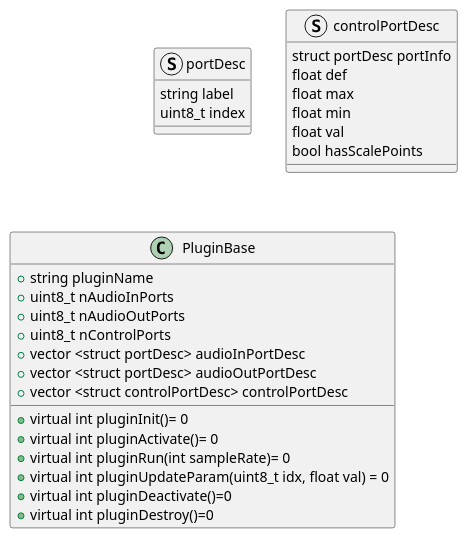
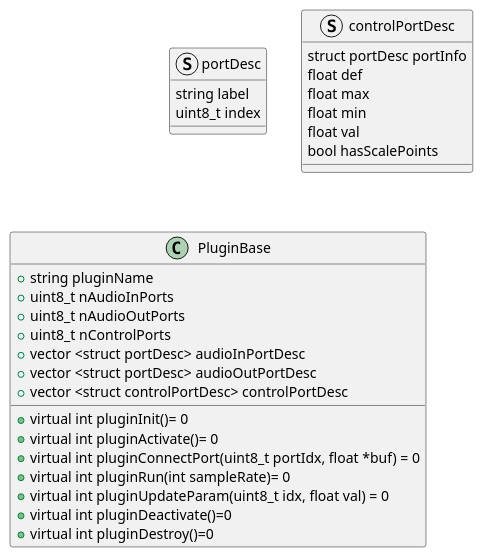
One commit to abhimanyu-g/calicofx-core changed the sixth of 15 diagrams in doc/design.org. Above: the diagram before and after it, drawn with PlantUML. The commit also changed other lines of this file, not shown here.

```diff
--- a/doc/design.org
+++ b/doc/design.org
@@ -162,33 +171,34 @@
 #+begin_src plantuml :file /tmp/calicofx-plugin-base-class-dig.png :exports results
   @startuml
   struct portDesc{
         string label
         uint8_t index
   }
 
   struct controlPortDesc {
         struct portDesc portInfo
         float def
         float max
         float min
         float val
         bool hasScalePoints
   }
 
   class PluginBase{
           +string pluginName
           +uint8_t nAudioInPorts
           +uint8_t nAudioOutPorts
           +uint8_t nControlPorts
         +vector <struct portDesc> audioInPortDesc
           +vector <struct portDesc> audioOutPortDesc
           +vector <struct controlPortDesc> controlPortDesc
           +virtual int pluginInit()= 0
           +virtual int pluginActivate()= 0
+        +virtual int pluginConnectPort(uint8_t portIdx, float *buf) = 0
           +virtual int pluginRun(int sampleRate)= 0
         +virtual int pluginUpdateParam(uint8_t idx, float val) = 0
         +virtual int pluginDeactivate()=0
         +virtual int pluginDestroy()=0
   }
   @enduml
 #+end_src
```
